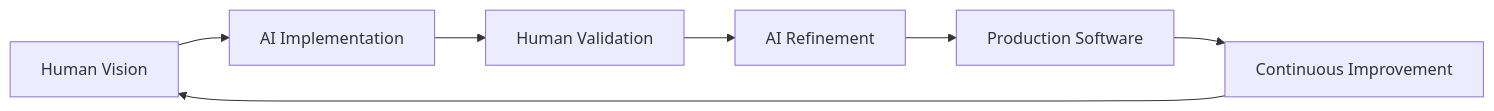
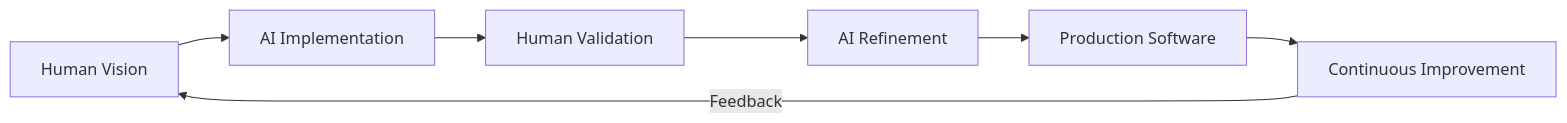
The first of 2 diagrams in guides/AI_HUMAN_COLLABORATION_WORKFLOW_GUIDE.md (smiao-icims/pragmatic-architecture-patterns), drawn with Mermaid before and after one commit. The commit also changed other lines of this file, not shown here.

First line of the commit message:
Fix: Simplify Mermaid diagrams to resolve GitHub rendering issues

````diff
--- a/guides/AI_HUMAN_COLLABORATION_WORKFLOW_GUIDE.md
+++ b/guides/AI_HUMAN_COLLABORATION_WORKFLOW_GUIDE.md
@@ -49,9 +49,9 @@
 ```mermaid
 graph LR
     A[Human Vision] --> B[AI Implementation]
     B --> C[Human Validation]
     C --> D[AI Refinement]
     D --> E[Production Software]
     E --> F[Continuous Improvement]
-    F --> A
+    F -->|Feedback| A
 ```
````
